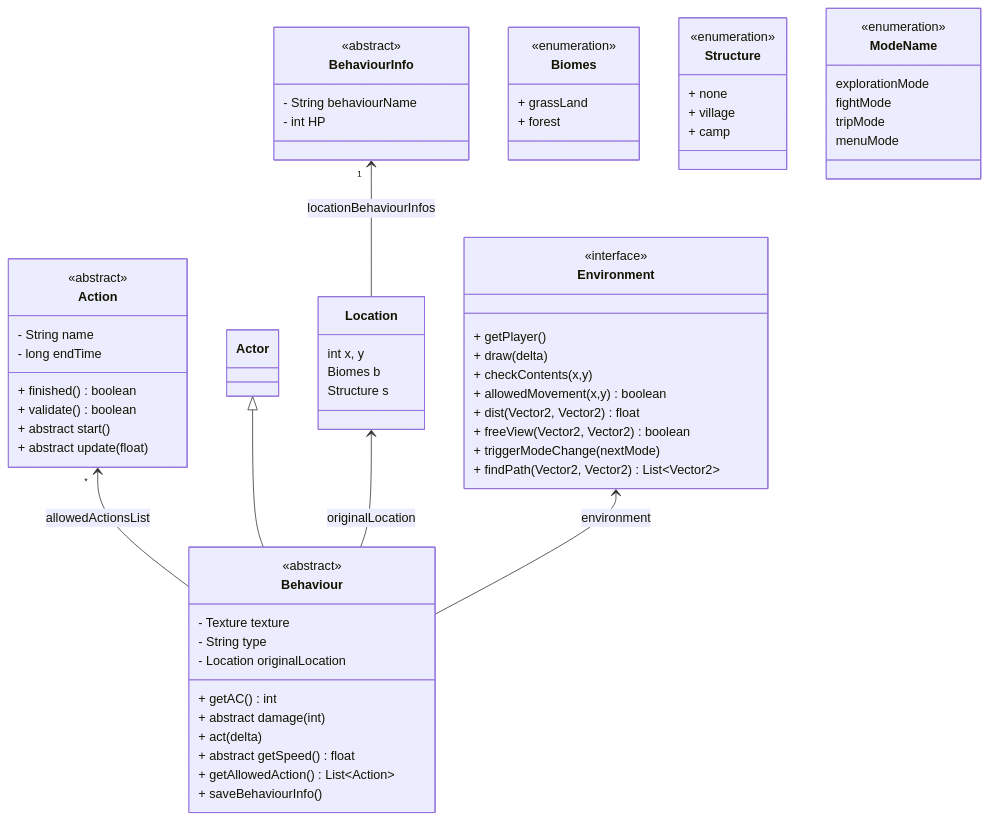
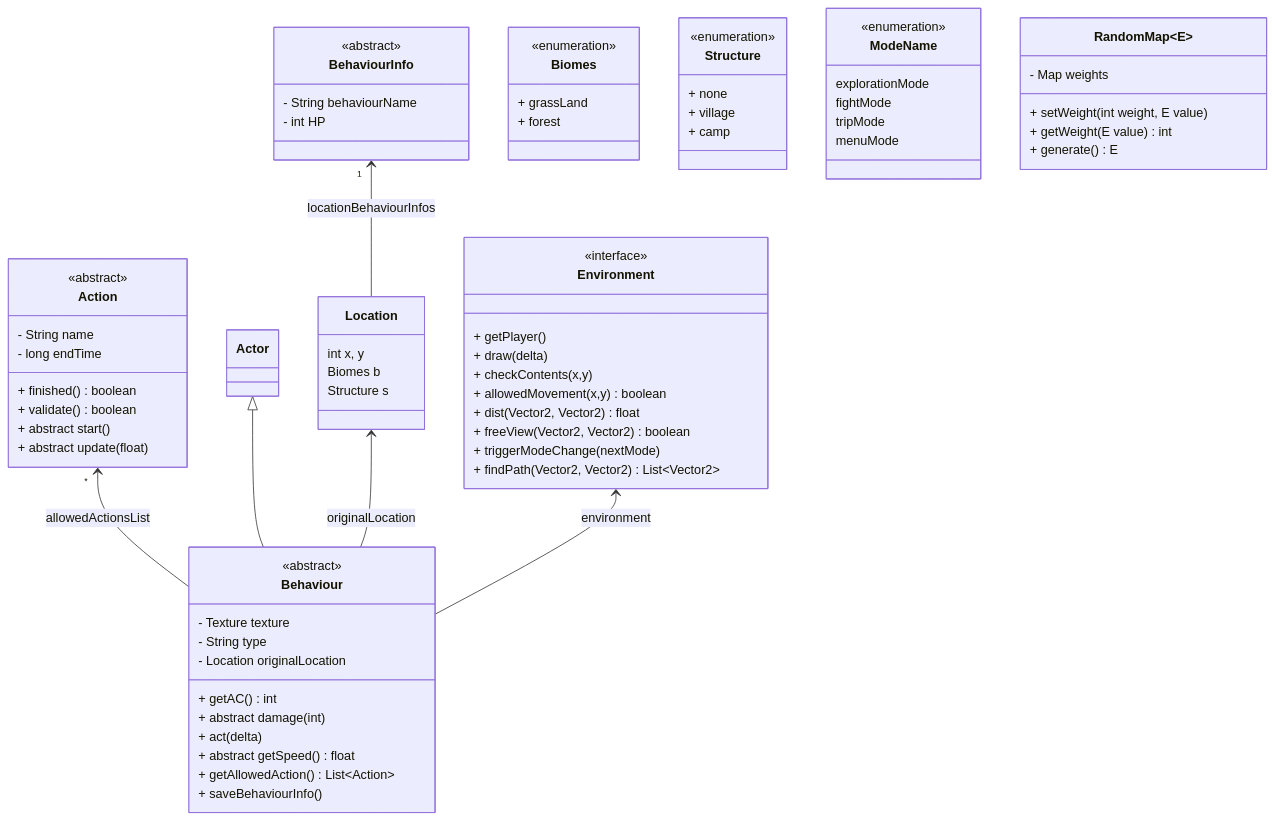
The fourth of 37 diagrams in documentation/Version_0_1.md (StrangeClone/GreatGame), drawn with Mermaid before and after one commit. The commit also changed other lines of this file and 5 other files, not shown here.

````diff
--- a/documentation/Version_0_1.md
+++ b/documentation/Version_0_1.md
@@ -192,68 +192,74 @@
 ```mermaid
 classDiagram
     class Location {
         int x, y
         Biomes b
         Structure s
     }
     BehaviourInfo "1" <-- Location : locationBehaviourInfos
     class Biomes {
         <<enumeration>>
         + grassLand
         + forest
     }
     class Structure {
         <<enumeration>>
         + none
         + village
         + camp
     }
     class BehaviourInfo {
         <<abstract>>
         - String behaviourName
         - int HP
     }
     class Environment {
         <<interface>>
         + getPlayer()
         + draw(delta)
         + checkContents(x,y)
         + allowedMovement(x,y) boolean
         + dist(Vector2, Vector2) float
         + freeView(Vector2, Vector2) boolean
         + triggerModeChange(nextMode)  
         + findPath(Vector2, Vector2) List~Vector2~
     }
     class ModeName {
         <<enumeration>>
         explorationMode
         fightMode
         tripMode
         menuMode
     }
     class Action {
         <<abstract>>
         - String name
         - long endTime
         + finished() boolean
         + validate() boolean
         + abstract start()
         + abstract update(float)
     }
     Action "*" <-- Behaviour : allowedActionsList
     class Behaviour {
         <<abstract>>
         - Texture texture
         - String type
         - Location originalLocation
         + getAC() int
         + abstract damage(int)
         + act(delta)
         + abstract getSpeed() float
         + getAllowedAction() List~Action~
         + saveBehaviourInfo()
     }
     Actor <|-- Behaviour
     Location <-- Behaviour : originalLocation
     Environment <-- Behaviour : environment
+    class RandomMap~E~ {
+        - Map weights
+        + setWeight(int weight, E value)
+        + getWeight(E value) int
+        + generate() E
+    }
 ```
````
